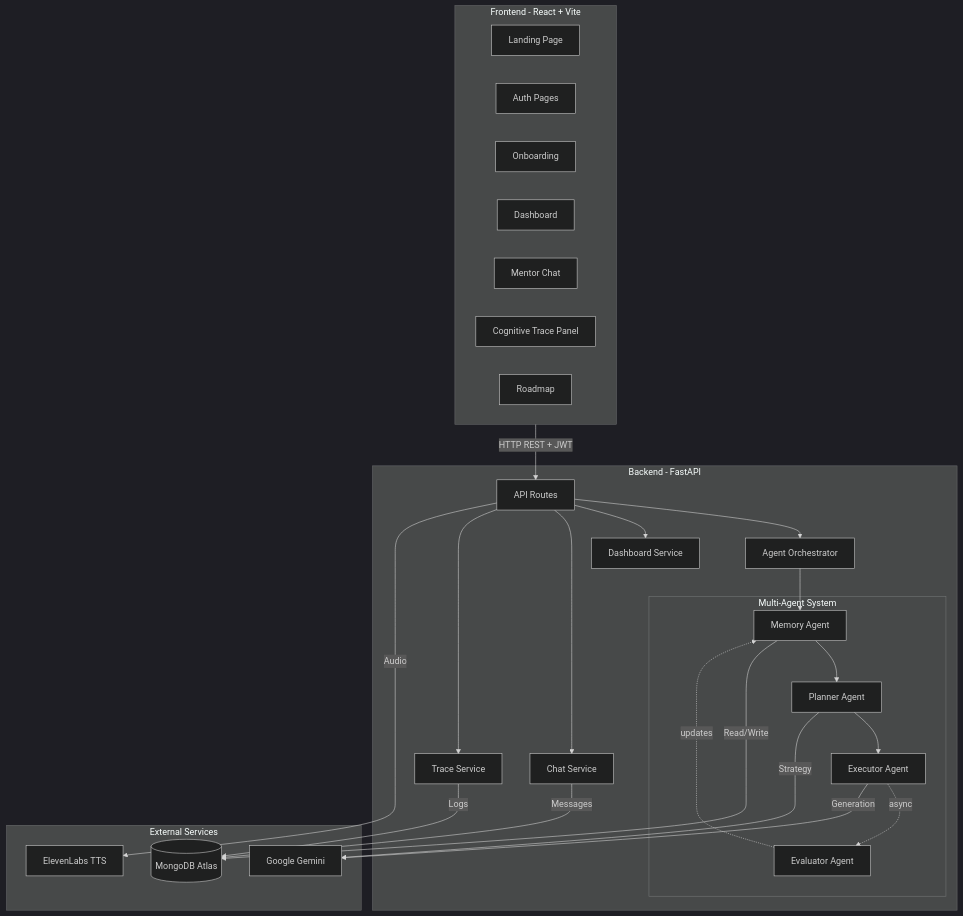
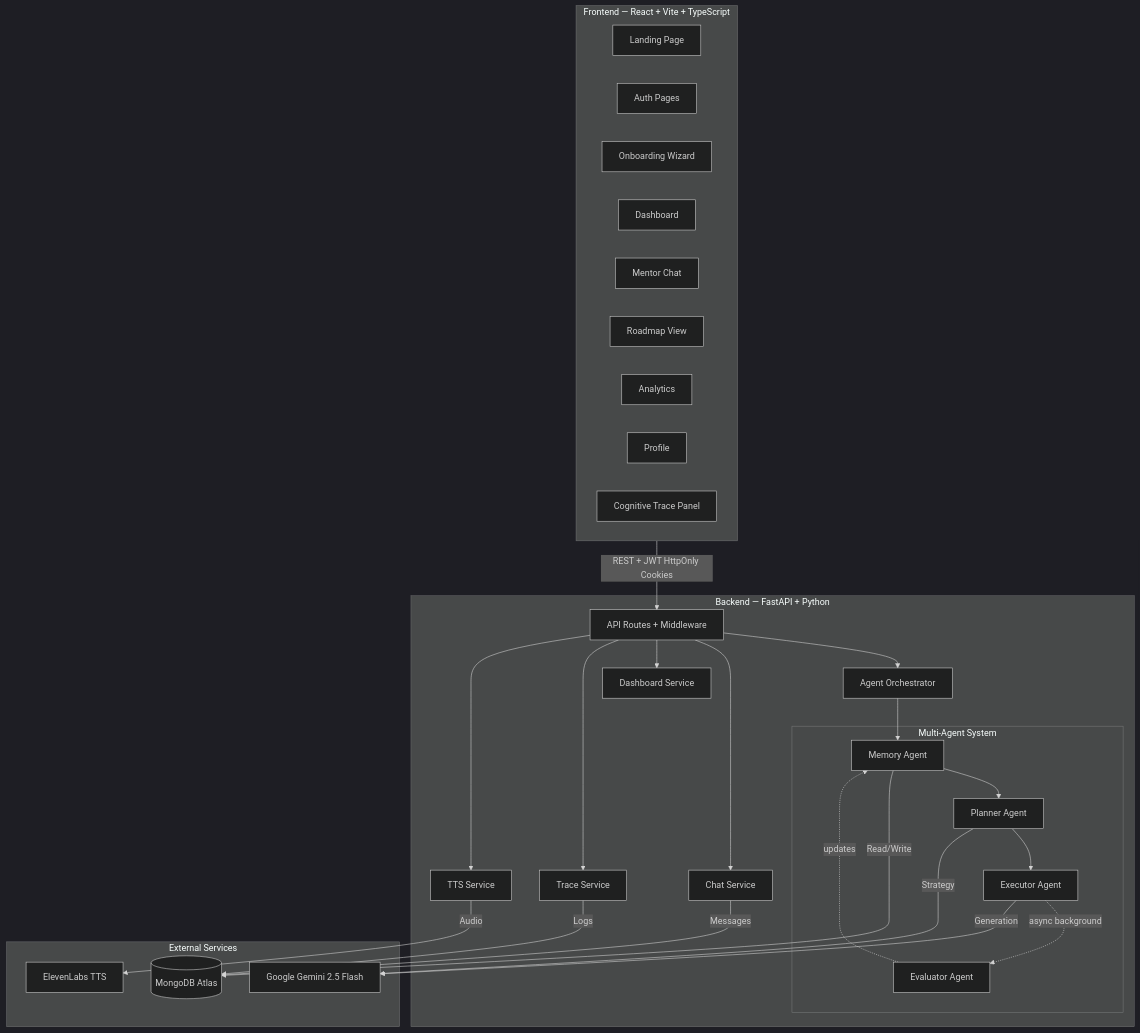
The first of 3 diagrams in README.md (akshanshmaurya/Synapse), drawn with Mermaid (dark theme) before and after one commit. The commit also changed other lines of this file and 3 other files, not shown here.

````diff
--- a/README.md
+++ b/README.md
@@ -109,50 +131,49 @@
 ```mermaid
 flowchart TB
-    subgraph FE["Frontend - React + Vite"]
+    subgraph FE["Frontend — React + Vite + TypeScript"]
         LP[Landing Page]
         AUTH[Auth Pages]
-        OB[Onboarding]
+        OB[Onboarding Wizard]
         DASH[Dashboard]
         MENTOR[Mentor Chat]
+        ROAD[Roadmap View]
+        ANALYTICS[Analytics]
+        PROFILE[Profile]
         TRACE_UI[Cognitive Trace Panel]
-        ROAD[Roadmap]
     end
 
-    subgraph BE["Backend - FastAPI"]
-        API[API Routes]
+    subgraph BE["Backend — FastAPI + Python"]
+        API[API Routes + Middleware]
         ORCH[Agent Orchestrator]
         subgraph Agents["Multi-Agent System"]
             MEM[Memory Agent]
             PLAN[Planner Agent]
             EXEC[Executor Agent]
             EVAL[Evaluator Agent]
         end
+        CHAT_SVC[Chat Service]
         DASH_SVC[Dashboard Service]
         TRACE_SVC[Trace Service]
-        CHAT_SVC[Chat Service]
+        TTS_SVC[TTS Service]
     end
 
     subgraph EXT["External Services"]
         MONGO[(MongoDB Atlas)]
-        GEMINI[Google Gemini]
+        GEMINI[Google Gemini 2.5 Flash]
         ELEVEN[ElevenLabs TTS]
     end
 
-    FE -->|HTTP REST + JWT| API
+    FE -->|REST + JWT HttpOnly Cookies| API
     API --> ORCH
-    ORCH --> MEM
-    MEM --> PLAN
-    PLAN --> EXEC
-    EXEC -.->|async| EVAL
+    ORCH --> MEM --> PLAN --> EXEC
+    EXEC -.->|async background| EVAL
     EVAL -.->|updates| MEM
-    API --> DASH_SVC
-    API --> CHAT_SVC
-    API --> TRACE_SVC
+    API --> CHAT_SVC & DASH_SVC & TRACE_SVC & TTS_SVC
 
     MEM -->|Read/Write| MONGO
     CHAT_SVC -->|Messages| MONGO
     TRACE_SVC -->|Logs| MONGO
     PLAN -->|Strategy| GEMINI
     EXEC -->|Generation| GEMINI
-    API -->|Audio| ELEVEN
+    TTS_SVC -->|Audio| ELEVEN
 ```
````
